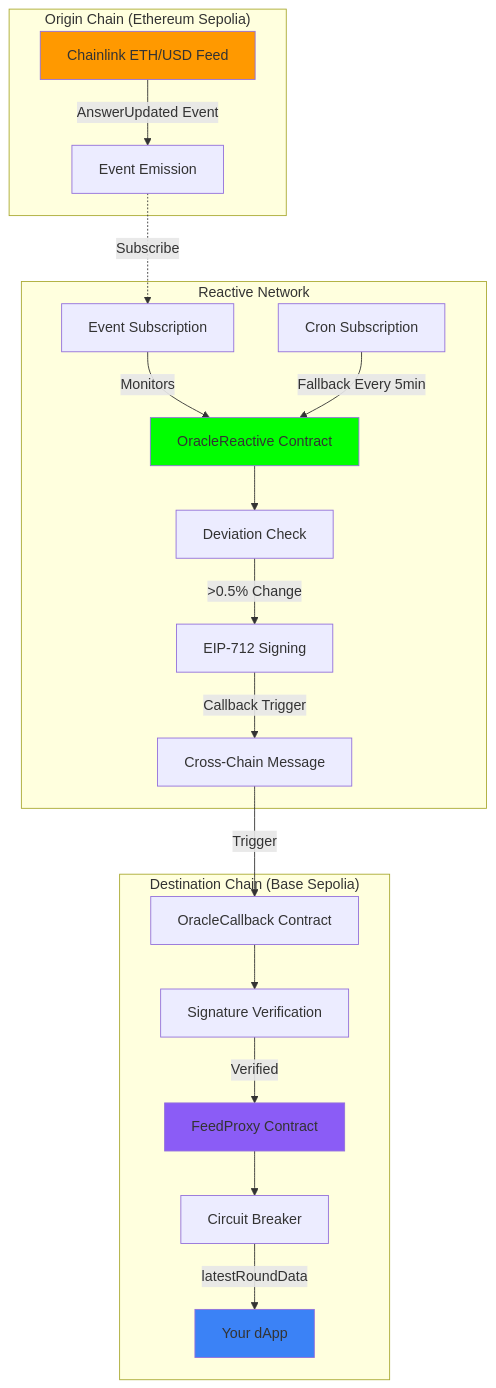
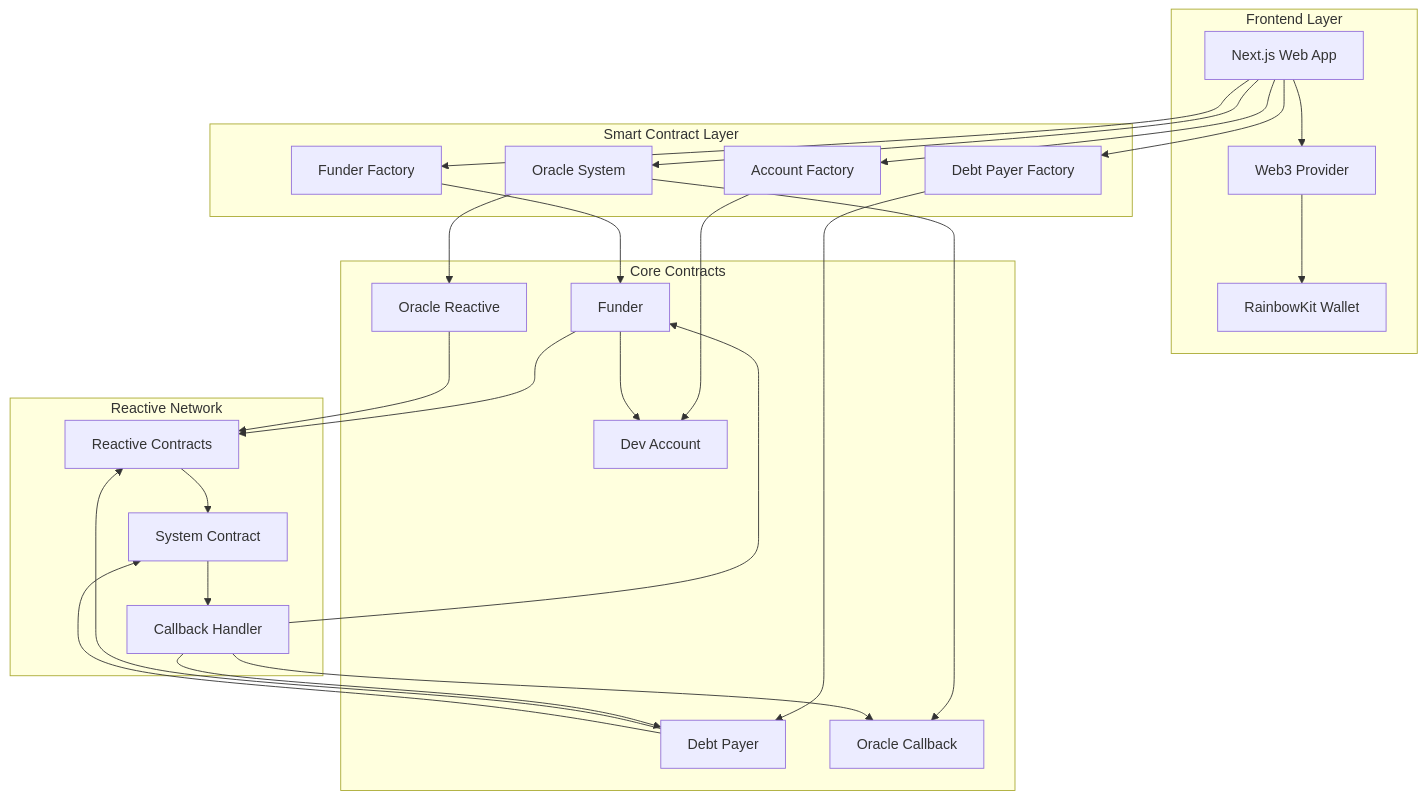
Before and after one commit to Marvy247/LoopGuard: the first of 5 diagrams in README.md, drawn with Mermaid. The commit also changed other lines of this file, not shown here.

````diff
--- a/README.md
+++ b/README.md
@@ -38,42 +18,55 @@
 ```mermaid
 graph TB
-    subgraph "Origin Chain (Ethereum Sepolia)"
-        A[Chainlink ETH/USD Feed]
-        A -->|AnswerUpdated Event| B[Event Emission]
+    subgraph "Frontend Layer"
+        A[Next.js Web App]
+        B[Web3 Provider]
+        C[RainbowKit Wallet]
+    end
+    
+    subgraph "Smart Contract Layer"
+        D[Account Factory]
+        E[Funder Factory]
+        F[Debt Payer Factory]
+        G[Oracle System]
     end
     
     subgraph "Reactive Network"
-        C[OracleReactive Contract]
-        D[Event Subscription]
-        E[Cron Subscription]
-        F[Deviation Check]
-        G[EIP-712 Signing]
-        
-        D -->|Monitors| C
-        E -->|Fallback Every 5min| C
-        C --> F
-        F -->|>0.5% Change| G
-        G -->|Callback Trigger| H[Cross-Chain Message]
+        H[Reactive Contracts]
+        I[System Contract]
+        J[Callback Handler]
     end
     
-    subgraph "Destination Chain (Base Sepolia)"
-        I[OracleCallback Contract]
-        J[Signature Verification]
-        K[FeedProxy Contract]
-        L[Circuit Breaker]
-        M[Your dApp]
-        
-        I --> J
-        J -->|Verified| K
-        K --> L
-        L -->|latestRoundData| M
+    subgraph "Core Contracts"
+        K[Dev Account]
+        L[Funder]
+        M[Debt Payer]
+        N[Oracle Reactive]
+        O[Oracle Callback]
     end
     
-    B -.->|Subscribe| D
-    H -->|Trigger| I
+    A --> B
+    B --> C
+    A --> D
+    A --> E
+    A --> F
+    A --> G
     
-    style A fill:#ff9900
-    style C fill:#00ff00
-    style K fill:#8b5cf6
-    style M fill:#3b82f6
+    D --> K
+    E --> L
+    F --> M
+    G --> N
+    G --> O
+    
+    L --> H
+    M --> H
+    N --> H
+    
+    H --> I
+    I --> J
+    J --> L
+    J --> M
+    J --> O
+    
+    L --> K
+    M --> I
 ```
````
